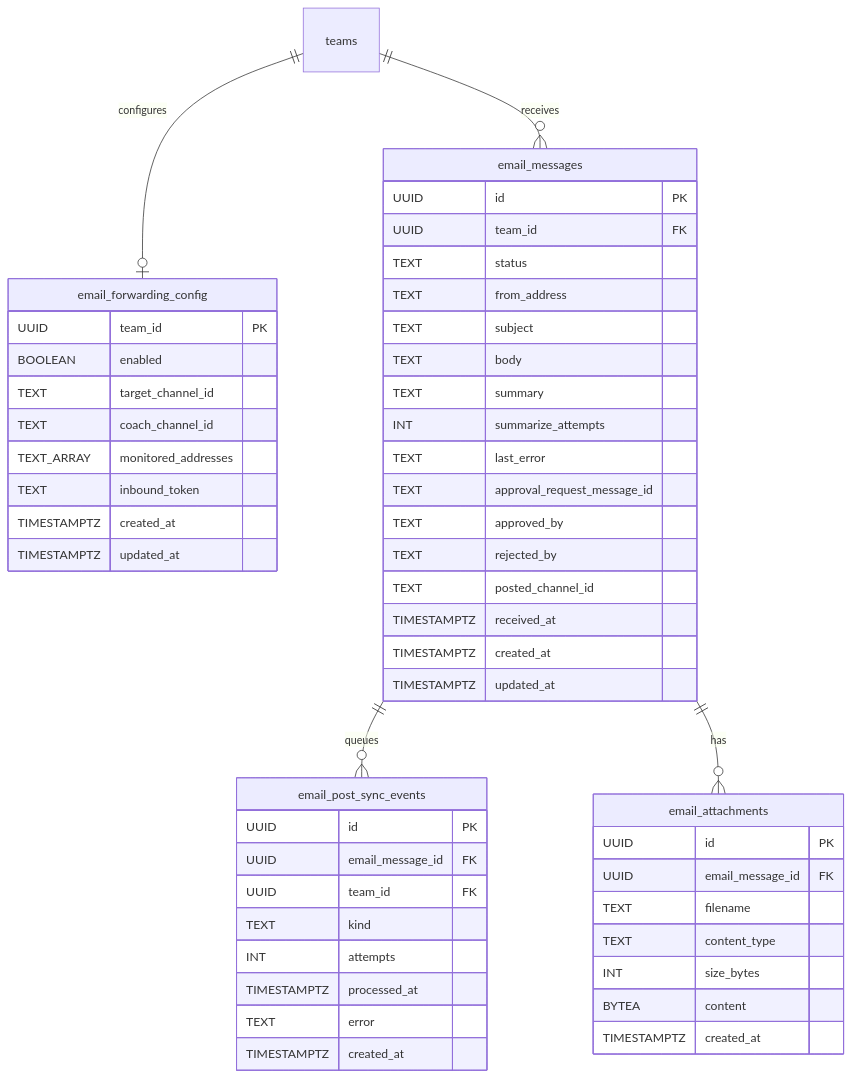
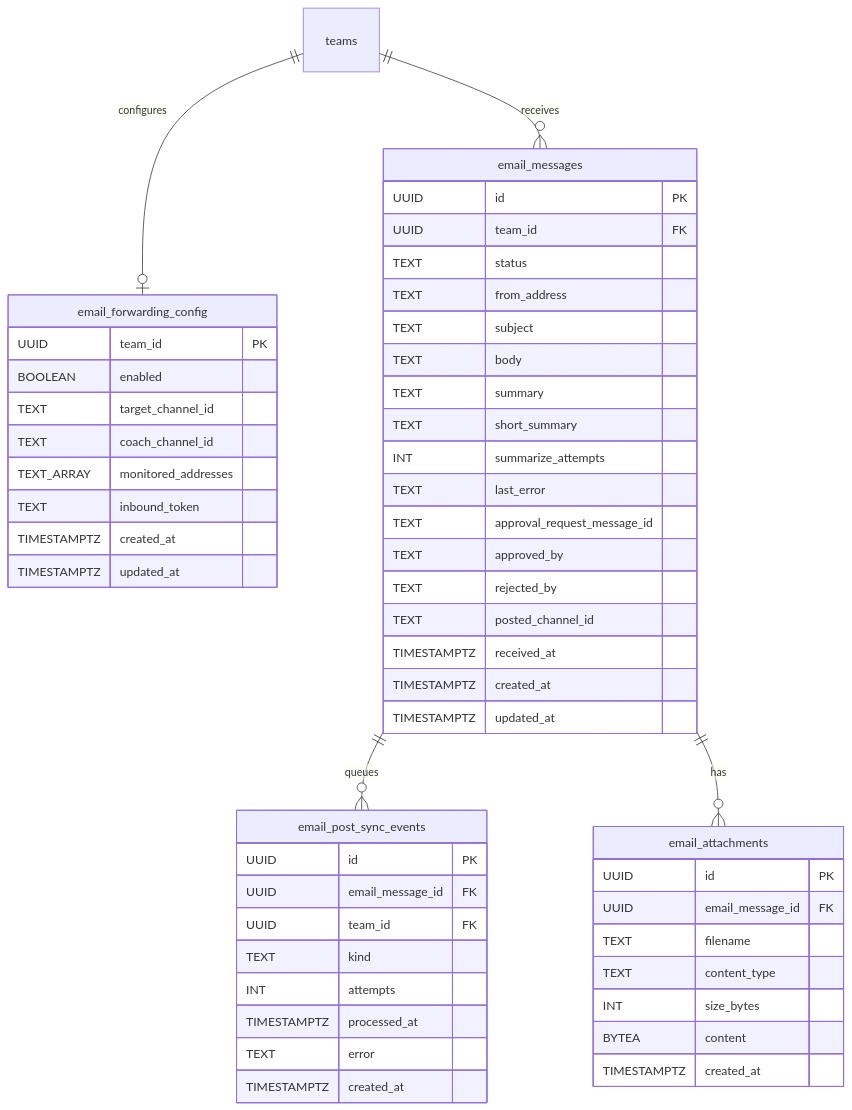
Diagram 19 of 19 in docs/thesis/er-diagram.md (maxa-ondrej/sideline), drawn with Mermaid before and after one commit. The commit also changed 39 other files, not shown here.

````diff
--- a/docs/thesis/er-diagram.md
+++ b/docs/thesis/er-diagram.md
@@ -1112,58 +1112,59 @@
 ```mermaid
 erDiagram
     email_forwarding_config {
         UUID team_id PK
         BOOLEAN enabled
         TEXT target_channel_id
         TEXT coach_channel_id
         TEXT_ARRAY monitored_addresses
         TEXT inbound_token
         TIMESTAMPTZ created_at
         TIMESTAMPTZ updated_at
     }
 
     email_messages {
         UUID id PK
         UUID team_id FK
         TEXT status
         TEXT from_address
         TEXT subject
         TEXT body
         TEXT summary
+        TEXT short_summary
         INT summarize_attempts
         TEXT last_error
         TEXT approval_request_message_id
         TEXT approved_by
         TEXT rejected_by
         TEXT posted_channel_id
         TIMESTAMPTZ received_at
         TIMESTAMPTZ created_at
         TIMESTAMPTZ updated_at
     }
 
     email_post_sync_events {
         UUID id PK
         UUID email_message_id FK
         UUID team_id FK
         TEXT kind
         INT attempts
         TIMESTAMPTZ processed_at
         TEXT error
         TIMESTAMPTZ created_at
     }
 
     email_attachments {
         UUID id PK
         UUID email_message_id FK
         TEXT filename
         TEXT content_type
         INT size_bytes
         BYTEA content
         TIMESTAMPTZ created_at
     }
 
     teams ||--o| email_forwarding_config : "configures"
     teams ||--o{ email_messages : "receives"
     email_messages ||--o{ email_post_sync_events : "queues"
     email_messages ||--o{ email_attachments : "has"
 ```
````
